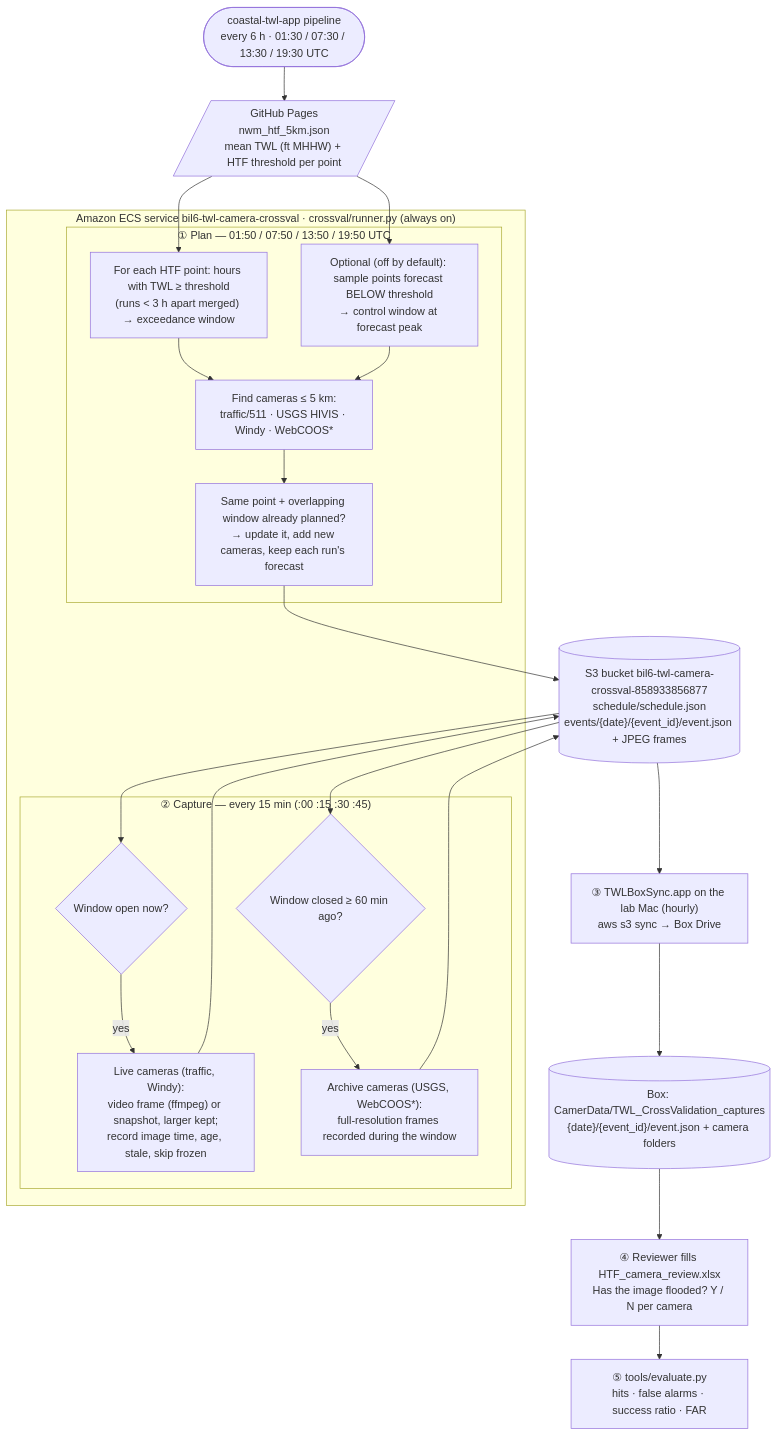
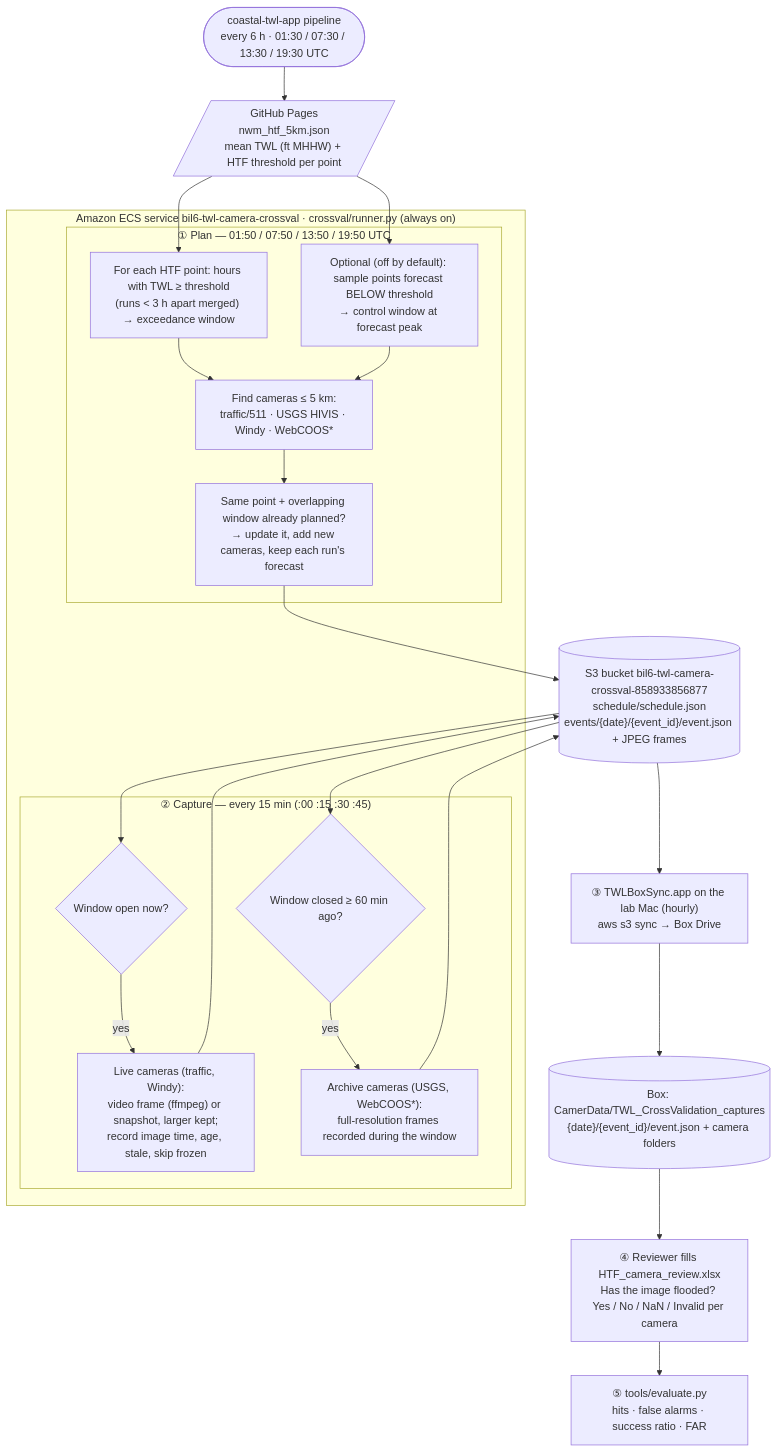
The diagram in README.md (Ehsankahrizi/TWL_Camera_CrossValidation), drawn with Mermaid before and after one commit. The commit also changed other lines of this file and 2 other files, not shown here.

First line of the commit message:
Review answers: Yes / No / NaN / Invalid

````diff
--- a/README.md
+++ b/README.md
@@ -16,36 +16,36 @@
 ```mermaid
 flowchart TD
     TWL(["coastal-twl-app pipeline<br/>every 6 h · 01:30 / 07:30 / 13:30 / 19:30 UTC"])
     TWL --> PAGES[/"GitHub Pages<br/>nwm_htf_5km.json<br/>mean TWL (ft MHHW) + HTF threshold per point"/]
 
     subgraph ECS["Amazon ECS service bil6-twl-camera-crossval · crossval/runner.py (always on)"]
         subgraph PLAN["① Plan — 01:50 / 07:50 / 13:50 / 19:50 UTC"]
             P1["For each HTF point: hours with TWL ≥ threshold<br/>(runs < 3 h apart merged) → exceedance window"]
             P2["Optional (off by default): sample points forecast BELOW threshold<br/>→ control window at forecast peak"]
             P3["Find cameras ≤ 5 km:<br/>traffic/511 · USGS HIVIS · Windy · WebCOOS*"]
             P4["Same point + overlapping window already planned?<br/>→ update it, add new cameras, keep each run's forecast"]
             P1 --> P3
             P2 --> P3 --> P4
         end
         subgraph CAP["② Capture — every 15 min (:00 :15 :30 :45)"]
             C1{"Window open now?"}
             C2["Live cameras (traffic, Windy):<br/>video frame (ffmpeg) or snapshot, larger kept;<br/>record image time, age, stale, skip frozen"]
             C3{"Window closed ≥ 60 min ago?"}
             C4["Archive cameras (USGS, WebCOOS*):<br/>full-resolution frames recorded during the window"]
             C1 -- yes --> C2
             C3 -- yes --> C4
         end
     end
     PAGES --> P1
     PAGES --> P2
     P4 --> S3[("S3 bucket bil6-twl-camera-crossval-858933856877<br/>schedule/schedule.json<br/>events/{date}/{event_id}/event.json + JPEG frames")]
     S3 --> C1
     S3 --> C3
     C2 --> S3
     C4 --> S3
 
     S3 --> SYNC["③ TWLBoxSync.app on the lab Mac (hourly)<br/>aws s3 sync → Box Drive"]
     SYNC --> BOX[("Box: CamerData/TWL_CrossValidation_captures<br/>{date}/{event_id}/event.json + camera folders")]
-    BOX --> LAB["④ Reviewer fills HTF_camera_review.xlsx<br/>Has the image flooded? Y / N per camera"]
+    BOX --> LAB["④ Reviewer fills HTF_camera_review.xlsx<br/>Has the image flooded? Yes / No / NaN / Invalid per camera"]
     LAB --> EVAL["⑤ tools/evaluate.py<br/>hits · false alarms · success ratio · FAR"]
 ```
````
